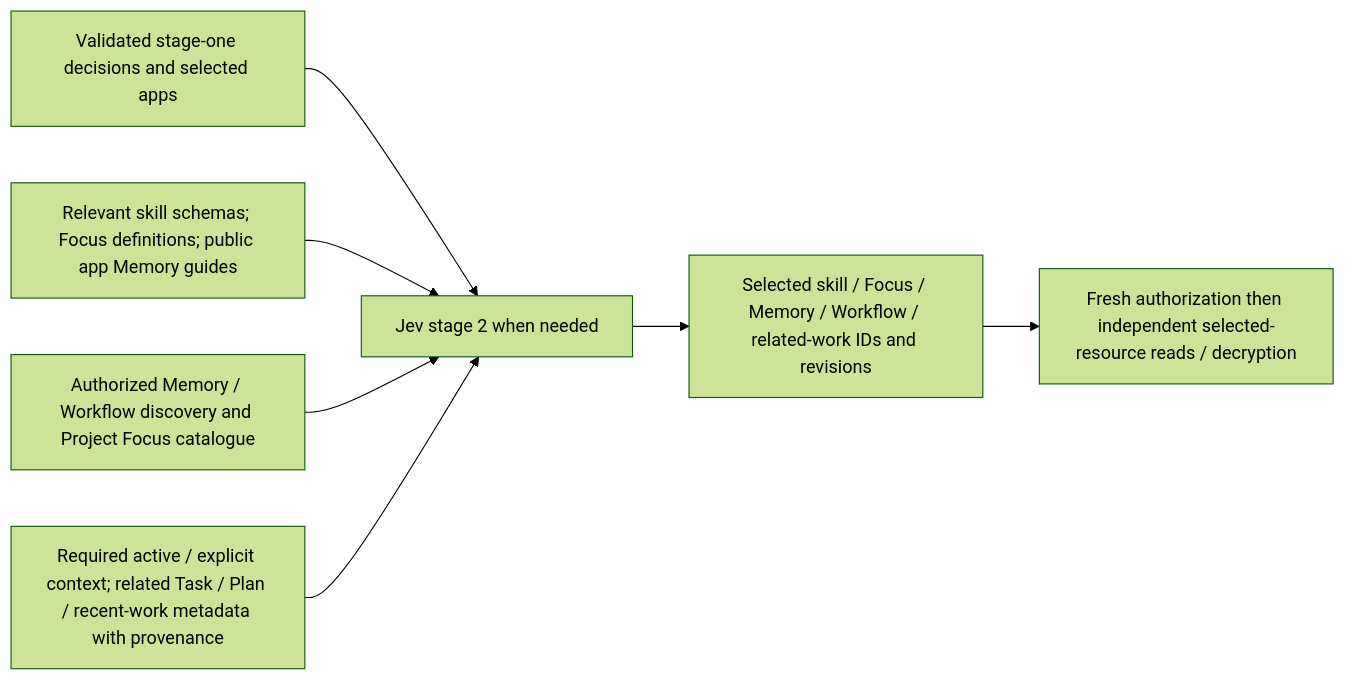
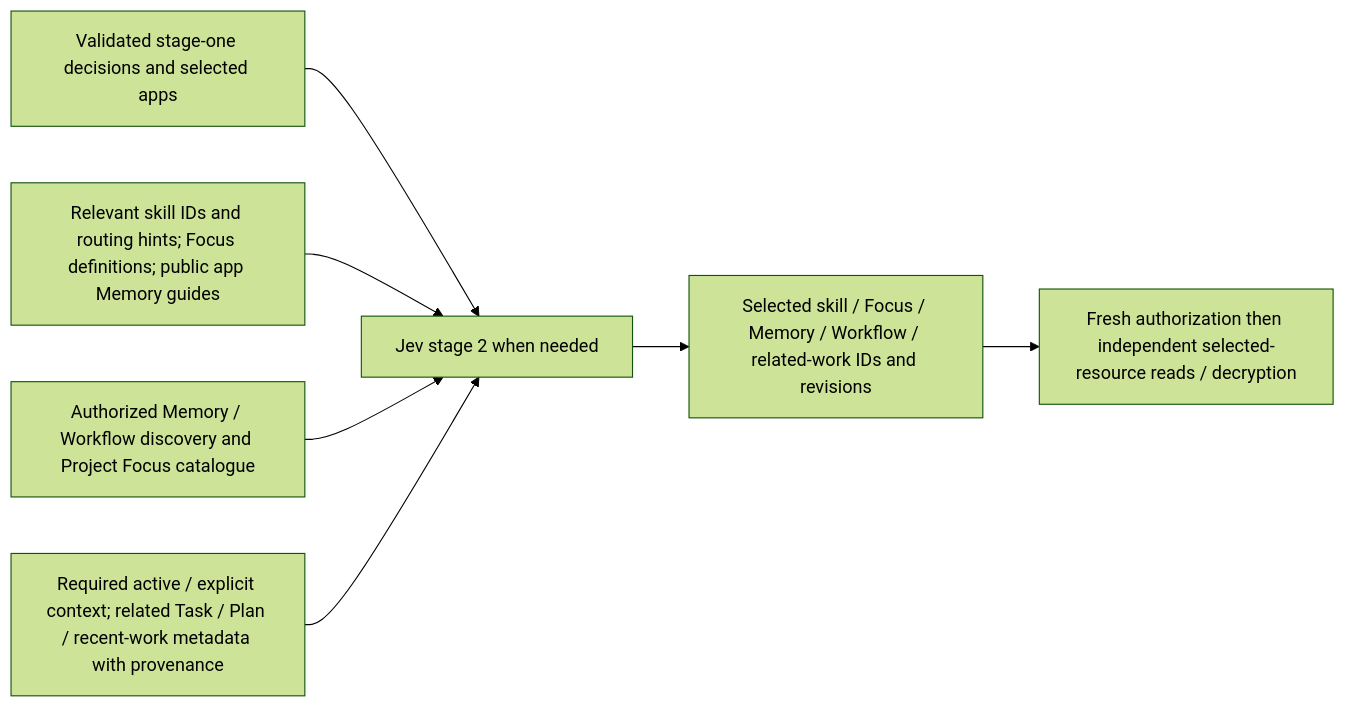
One commit to glowingkitty/OpenMates changed the fifth of 8 diagrams in docs/plans/chat-processing-next-stage/implemented-flow.md. Above: the diagram before and after it, drawn with Mermaid (forest theme). The commit also changed other lines of this file and 47 other files, not shown here.

````diff
--- a/docs/plans/chat-processing-next-stage/implemented-flow.md
+++ b/docs/plans/chat-processing-next-stage/implemented-flow.md
@@ -83,9 +83,9 @@
 ```mermaid
 flowchart LR
   First[Validated stage-one decisions and selected apps] --> J2[Jev stage 2 when needed]
-  Skills[Relevant skill schemas; Focus definitions; public app Memory guides] --> J2
+  Skills[Relevant skill IDs and routing hints; Focus definitions; public app Memory guides] --> J2
   User[Authorized Memory / Workflow discovery and Project Focus catalogue] --> J2
   Active[Required active / explicit context; related Task / Plan / recent-work metadata with provenance] --> J2
   J2 --> Selected[Selected skill / Focus / Memory / Workflow / related-work IDs and revisions]
   Selected --> Bodies[Fresh authorization then independent selected-resource reads / decryption]
 ```
````
